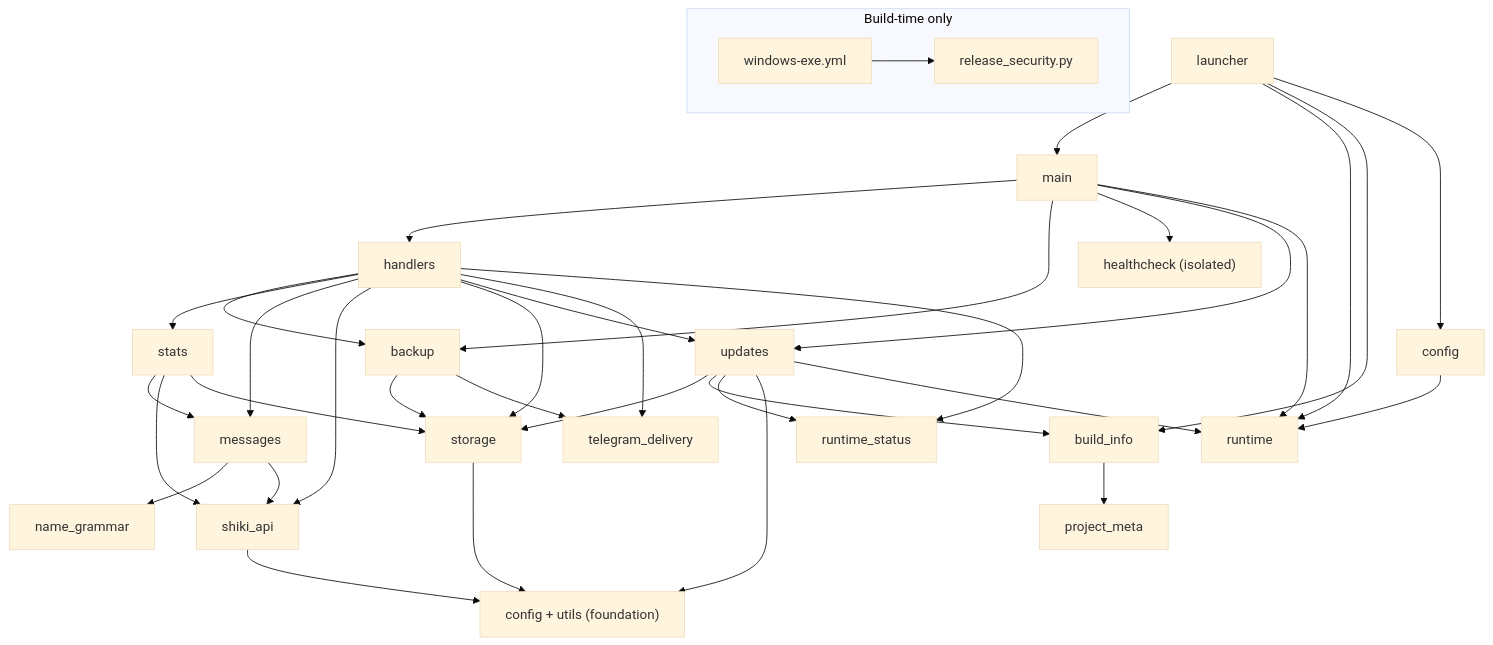
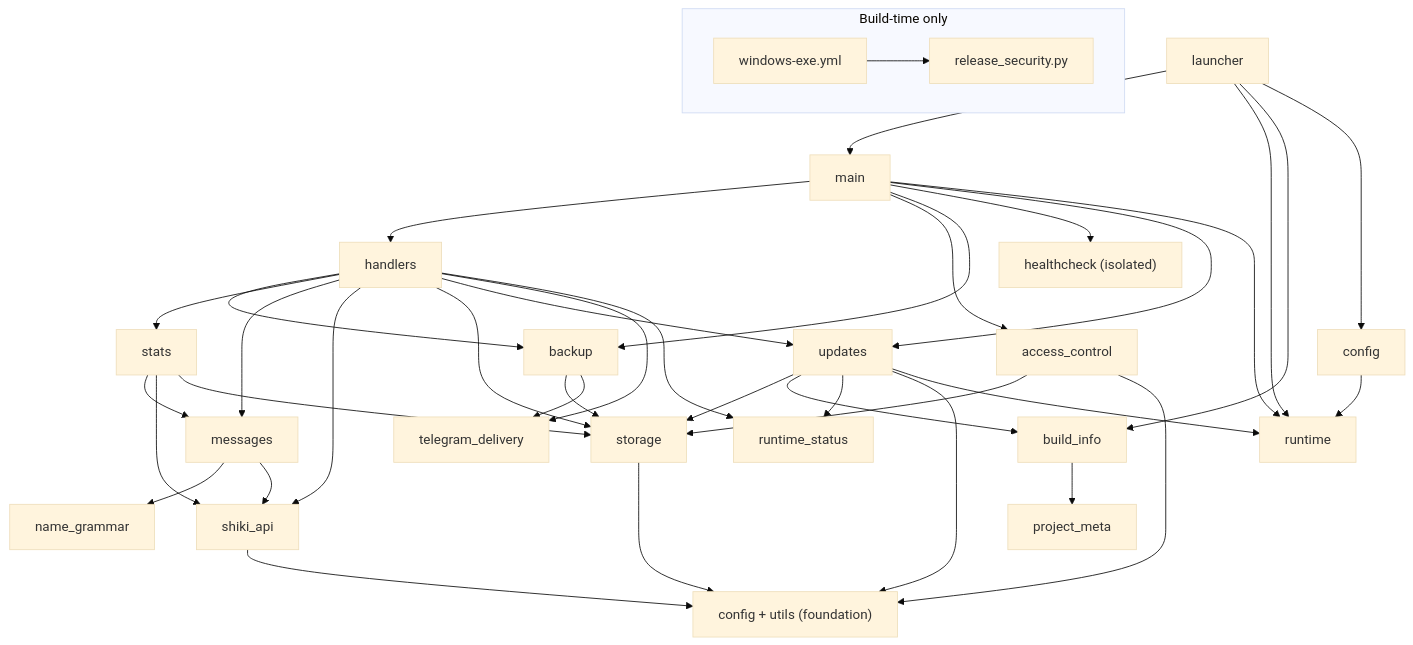
The diagram in ARCHITECTURE.md (WorgaNomoR/ShikiUpdatesBot), drawn with Mermaid (base theme) before and after one commit. The commit also changed other lines of this file and 16 other files, not shown here.

````diff
--- a/ARCHITECTURE.md
+++ b/ARCHITECTURE.md
@@ -38,40 +39,43 @@
 ```mermaid
 graph TD
     launcher --> main
     launcher --> runtime
     launcher --> build_info
     launcher --> config
     main --> handlers
+    main --> access_control
     main --> backup
     main --> healthcheck
     main --> updates
     main --> runtime
     handlers --> backup
     handlers --> stats
     handlers --> messages
     handlers --> shiki_api
     handlers --> storage
+    access_control --> storage
+    access_control --> base
     handlers --> updates
     handlers --> telegram_delivery
     handlers --> runtime_status
     updates --> storage
     updates --> build_info
     updates --> runtime_status
     build_info --> project_meta
     updates --> base
     updates --> runtime
     stats --> messages
     stats --> shiki_api
     stats --> storage
     messages --> name_grammar
     messages --> shiki_api
     backup --> storage
     backup --> telegram_delivery
     storage --> base["config + utils (foundation)"]
     shiki_api --> base
     config --> runtime
     healthcheck["healthcheck (isolated)"]
     subgraph build_time["Build-time only"]
         windows_workflow["windows-exe.yml"] --> release_security["release_security.py"]
     end
 ```
````
